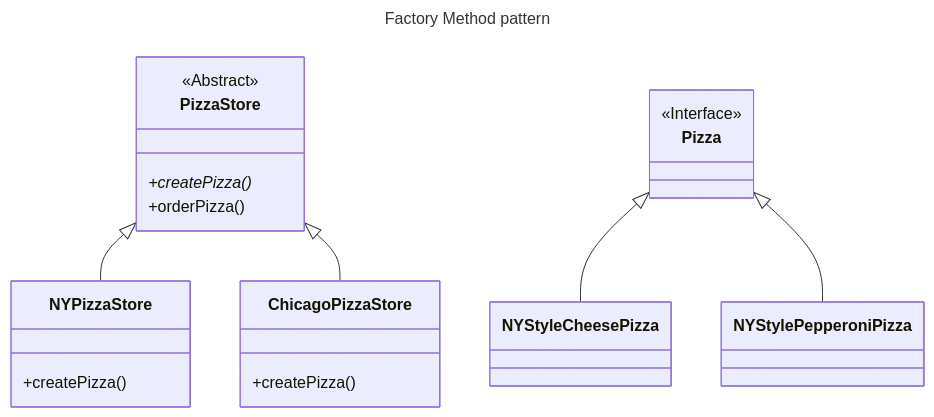
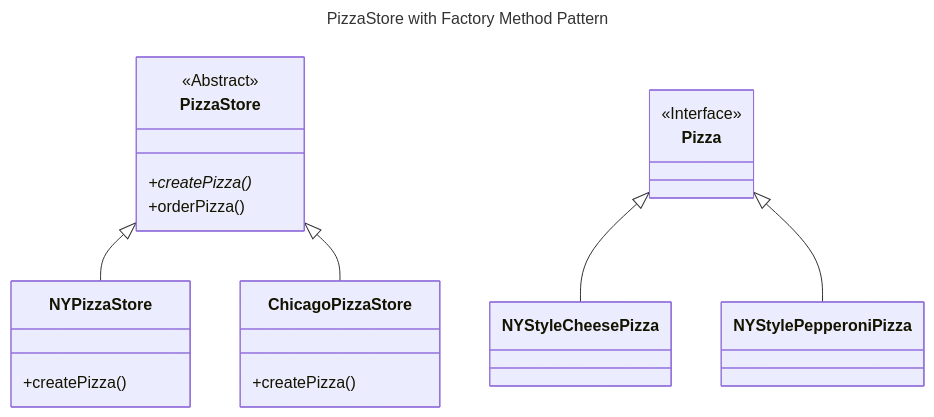
Before and after one commit to lamhq/tech-notes: the second of 2 diagrams in pages/software-engineering/design/ood/design-patterns/factory-method.md, drawn with Mermaid. The commit also changed other lines of this file and 9 other files, not shown here.

````diff
--- a/pages/software-engineering/design/ood/design-patterns/factory-method.md
+++ b/pages/software-engineering/design/ood/design-patterns/factory-method.md
@@ -189,24 +189,24 @@
 ```mermaid
 ---
-title: Factory Method pattern
+title: PizzaStore with Factory Method Pattern
 ---
 classDiagram
   class PizzaStore{
     <<Abstract>>
     +createPizza()*
     +orderPizza()
   }
   class NYPizzaStore{
     +createPizza()
   }
   class ChicagoPizzaStore{
     +createPizza()
   }
   class Pizza{
     <<Interface>>
   }
   PizzaStore <|-- NYPizzaStore
   PizzaStore <|-- ChicagoPizzaStore
   Pizza <|-- NYStyleCheesePizza
   Pizza <|-- NYStylePepperoniPizza
 ```
````
